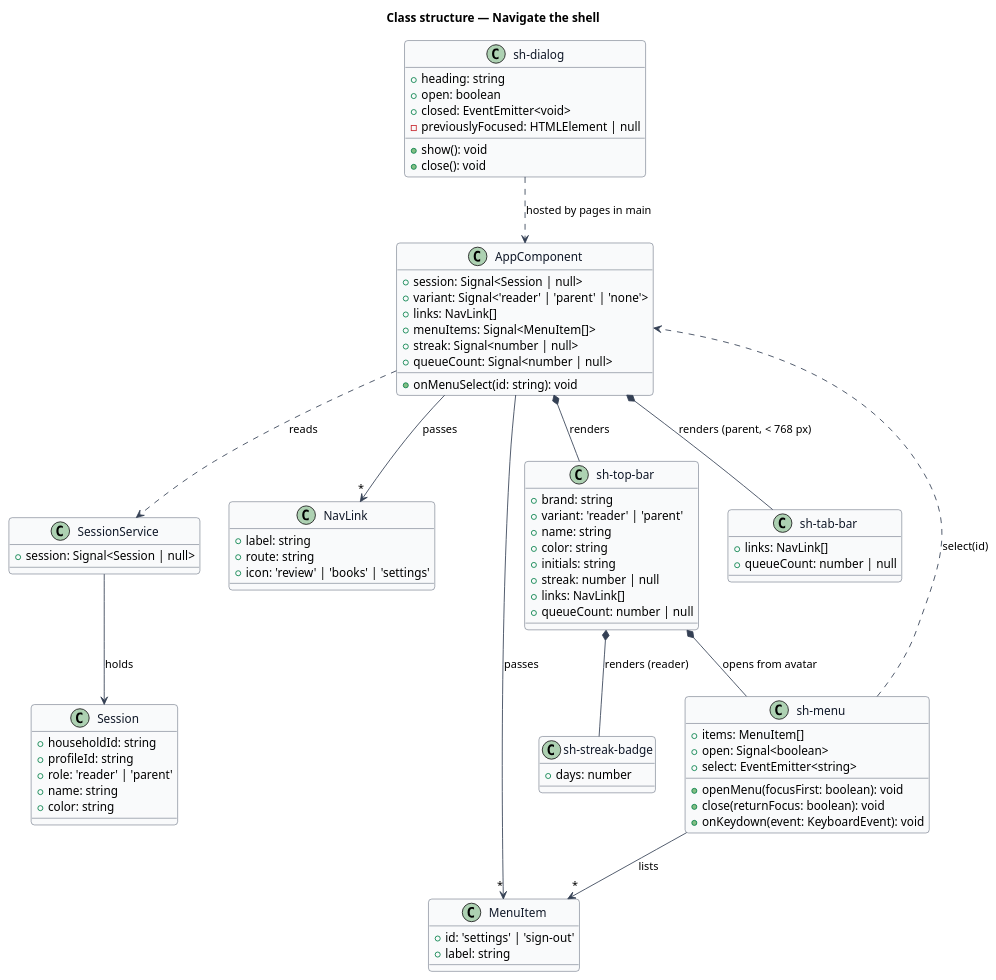
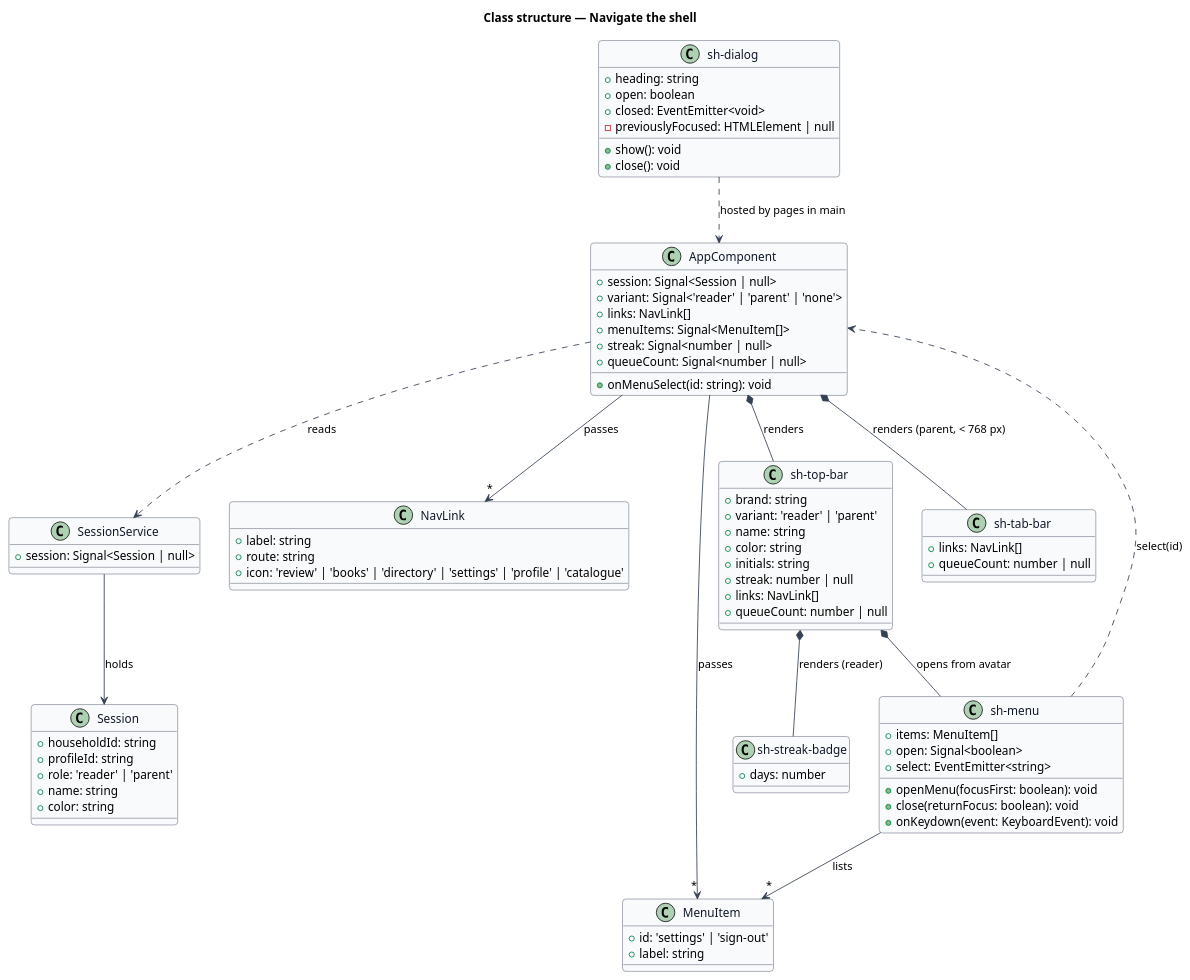
The diagram in docs/detailed-designs/shell/navigate-shell/diagrams/class-structure.puml (QuinntyneBrown/shelfie), drawn with PlantUML before and after one commit. The commit also changed 74 other files, not shown here.

First line of the commit message:
Detailed designs and estimates: author and volunteer profiles, the parent's directory, profile approval

```diff
--- a/docs/detailed-designs/shell/navigate-shell/diagrams/class-structure.puml
+++ b/docs/detailed-designs/shell/navigate-shell/diagrams/class-structure.puml
@@ -1,96 +1,96 @@
 @startuml
 skinparam backgroundColor #FFFFFF
 skinparam shadowing false
 skinparam roundcorner 8
 skinparam defaultFontName Arial
 skinparam ArrowColor #344054
 skinparam class {
   BorderColor #344054
   FontColor #101828
   BackgroundColor #F9FAFB
 }
 title Class structure — Navigate the shell
 
 class AppComponent {
   +session: Signal<Session | null>
   +variant: Signal<'reader' | 'parent' | 'none'>
   +links: NavLink[]
   +menuItems: Signal<MenuItem[]>
   +streak: Signal<number | null>
   +queueCount: Signal<number | null>
   +onMenuSelect(id: string): void
 }
 
 class SessionService {
   +session: Signal<Session | null>
 }
 
 class Session {
   +householdId: string
   +profileId: string
   +role: 'reader' | 'parent'
   +name: string
   +color: string
 }
 
 class NavLink {
   +label: string
   +route: string
-  +icon: 'review' | 'books' | 'settings'
+  +icon: 'review' | 'books' | 'directory' | 'settings' | 'profile' | 'catalogue'
 }
 
 class MenuItem {
   +id: 'settings' | 'sign-out'
   +label: string
 }
 
 class "sh-top-bar" as TopBar {
   +brand: string
   +variant: 'reader' | 'parent'
   +name: string
   +color: string
   +initials: string
   +streak: number | null
   +links: NavLink[]
   +queueCount: number | null
 }
 
 class "sh-tab-bar" as TabBar {
   +links: NavLink[]
   +queueCount: number | null
 }
 
 class "sh-menu" as Menu {
   +items: MenuItem[]
   +open: Signal<boolean>
   +select: EventEmitter<string>
   +openMenu(focusFirst: boolean): void
   +close(returnFocus: boolean): void
   +onKeydown(event: KeyboardEvent): void
 }
 
 class "sh-streak-badge" as StreakBadge {
   +days: number
 }
 
 class "sh-dialog" as Dialog {
   +heading: string
   +open: boolean
   +closed: EventEmitter<void>
   -previouslyFocused: HTMLElement | null
   +show(): void
   +close(): void
 }
 
 AppComponent ..> SessionService : reads
 SessionService --> Session : holds
 AppComponent *-- TopBar : renders
 AppComponent *-- TabBar : renders (parent, < 768 px)
 AppComponent --> "*" NavLink : passes
 AppComponent --> "*" MenuItem : passes
 TopBar *-- Menu : opens from avatar
 TopBar *-- StreakBadge : renders (reader)
 Menu --> "*" MenuItem : lists
 Menu ..> AppComponent : select(id)
 Dialog ..> AppComponent : hosted by pages in main
 @enduml
```
